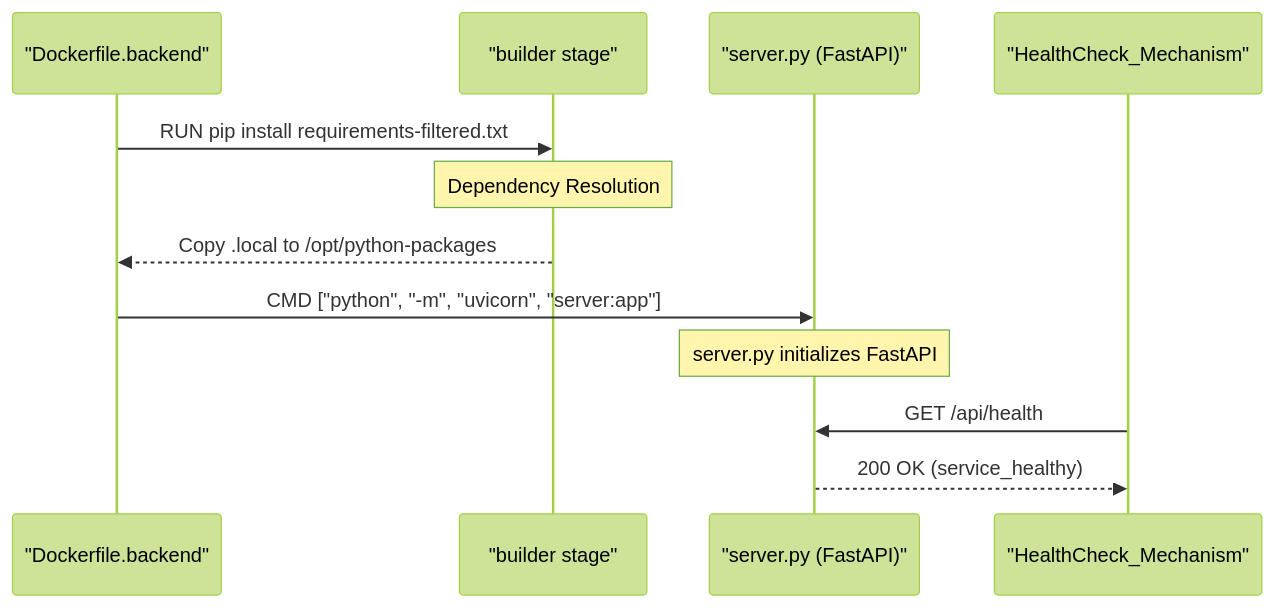
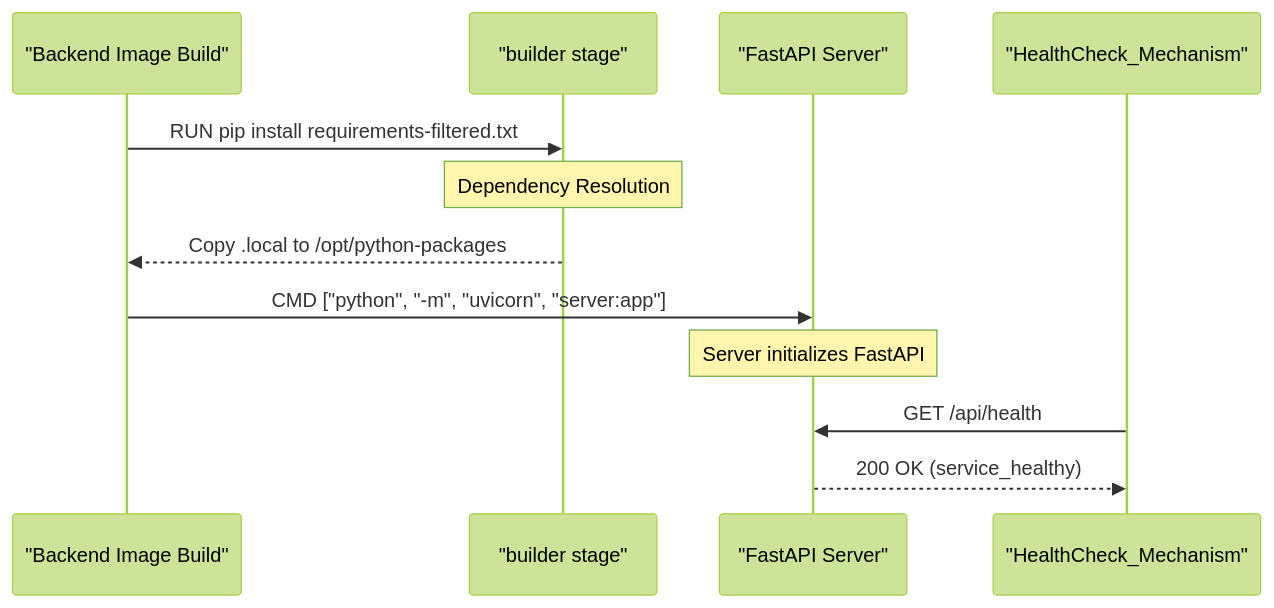
The second of 3 diagrams in docs/infrastructure/deployment.md (niteshsaini/offloadsecurity-docs), drawn with Mermaid (forest theme) before and after one commit. The commit also changed other lines of this file and 16 other files, not shown here.

````diff
--- a/docs/infrastructure/deployment.md
+++ b/docs/infrastructure/deployment.md
@@ -86,17 +83,17 @@
 ```mermaid
 sequenceDiagram
-    participant D as "Dockerfile.backend"
+    participant D as "Backend Image Build"
     participant B as "builder stage"
-    participant S as "server.py (FastAPI)"
+    participant S as "FastAPI Server"
     participant H as "HealthCheck_Mechanism"
 
     D->>B: RUN pip install requirements-filtered.txt
     Note over B: Dependency Resolution
     B-->>D: Copy .local to /opt/python-packages
     
     D->>S: CMD ["python", "-m", "uvicorn", "server:app"]
-    Note over S: server.py initializes FastAPI
+    Note over S: Server initializes FastAPI
     
     H->>S: GET /api/health
     S-->>H: 200 OK (service_healthy)
 ```
````
